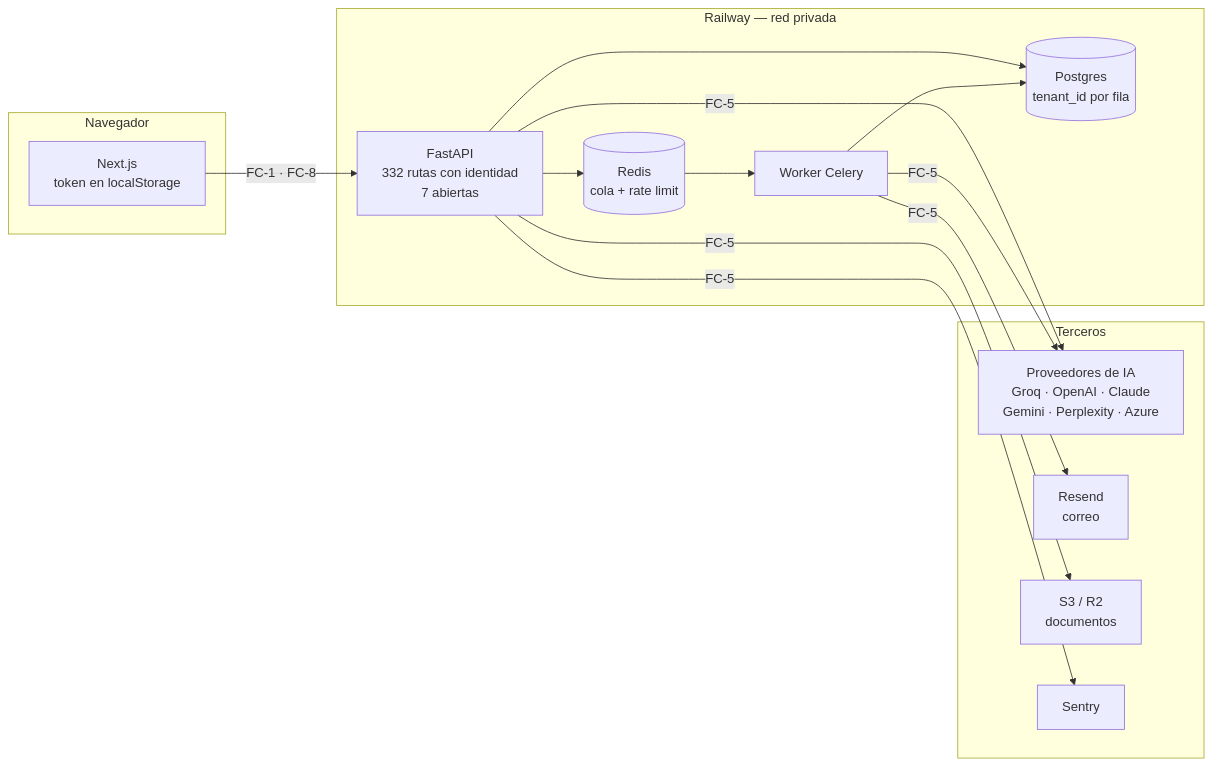
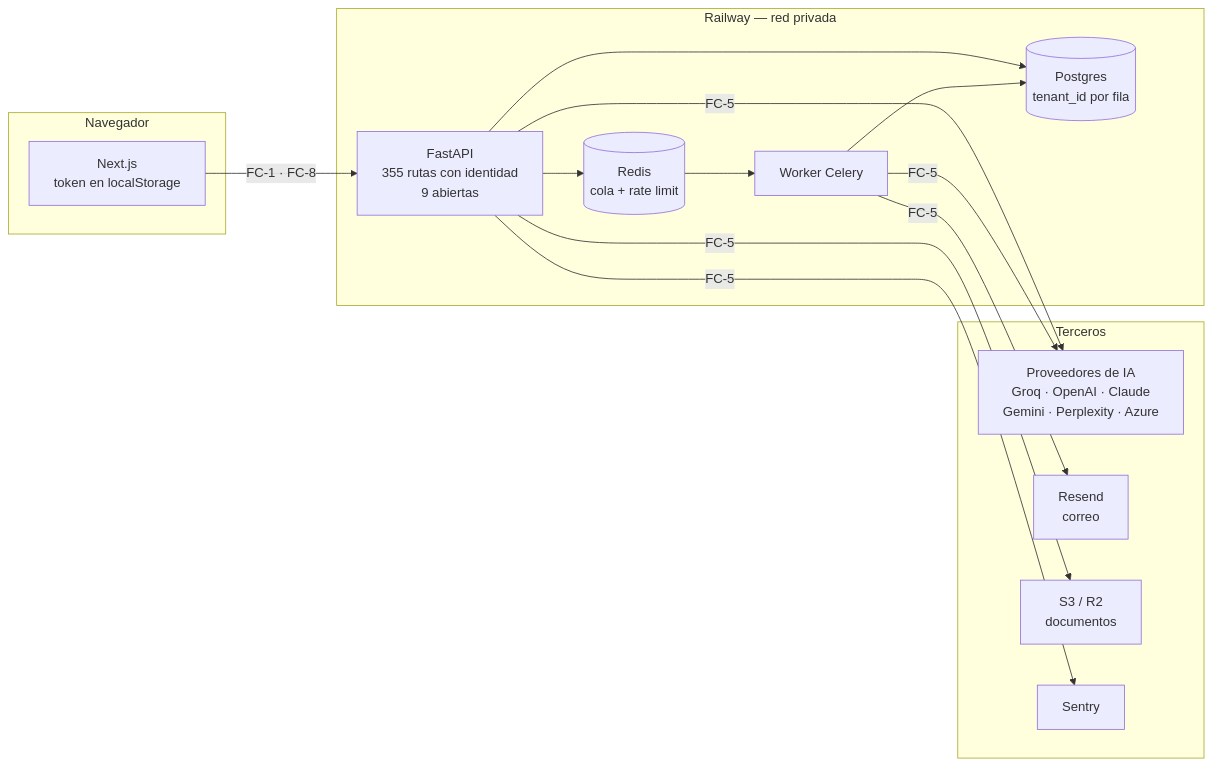
The diagram in docs/architecture/modelo-amenazas.md (xguilxr/pmo_aas), drawn with Mermaid before and after one commit. The commit also changed other lines of this file and 7 other files, not shown here.

````diff
--- a/docs/architecture/modelo-amenazas.md
+++ b/docs/architecture/modelo-amenazas.md
@@ -57,29 +57,29 @@
 ```mermaid
 flowchart LR
     subgraph nav[Navegador]
         W[Next.js<br/>token en localStorage]
     end
     subgraph railway[Railway — red privada]
-        A[FastAPI<br/>332 rutas con identidad<br/>7 abiertas]
+        A[FastAPI<br/>355 rutas con identidad<br/>9 abiertas]
         K[Worker Celery]
         P[(Postgres<br/>tenant_id por fila)]
         R[(Redis<br/>cola + rate limit)]
     end
     subgraph fuera[Terceros]
         IA[Proveedores de IA<br/>Groq · OpenAI · Claude<br/>Gemini · Perplexity · Azure]
         M[Resend<br/>correo]
         S[S3 / R2<br/>documentos]
         SE[Sentry]
     end
 
     W -->|FC-1 · FC-8| A
     A --> P
     A --> R
     R --> K
     K --> P
     A -->|FC-5| IA
     K -->|FC-5| IA
     K -->|FC-5| M
     A -->|FC-5| S
     A -->|FC-5| SE
 ```
````
